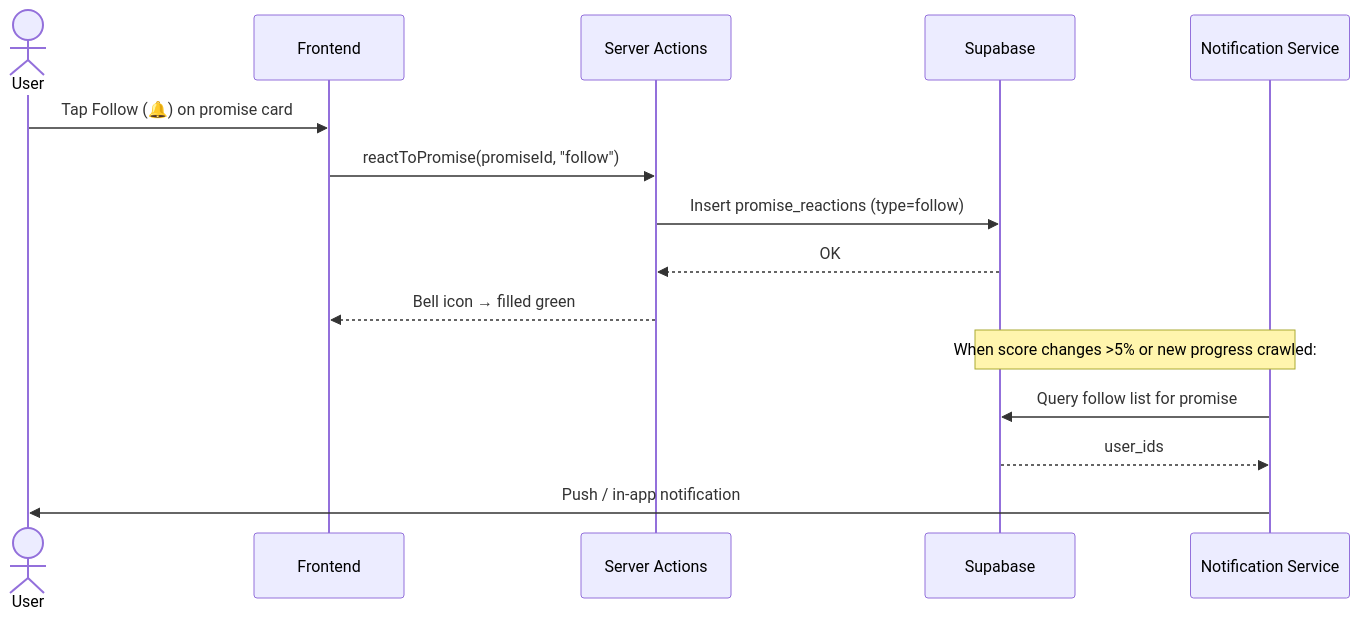
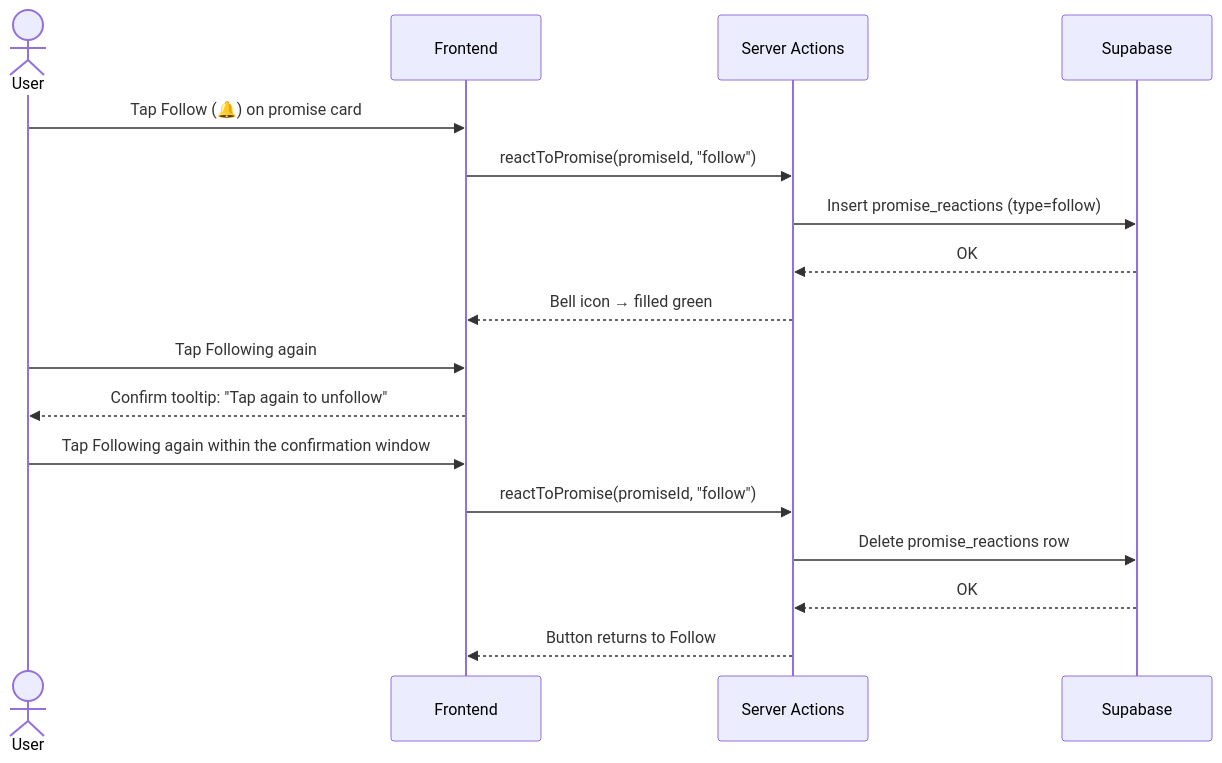
One commit to MG177/WIWOKDETOK-docs changed the third of 3 diagrams in features/feat-promise-tracker.md. Above: the diagram before and after it, drawn with Mermaid. The commit also changed other lines of this file and 9 other files, not shown here.

````diff
--- a/features/feat-promise-tracker.md
+++ b/features/feat-promise-tracker.md
@@ -196,18 +196,19 @@
 ```mermaid
 sequenceDiagram
     actor User
     participant UI as Frontend
     participant SA as Server Actions
     participant DB as Supabase
-    participant Notif as Notification Service
-
     User->>UI: Tap Follow (🔔) on promise card
     UI->>SA: reactToPromise(promiseId, "follow")
     SA->>DB: Insert promise_reactions (type=follow)
     DB-->>SA: OK
     SA-->>UI: Bell icon → filled green
-    Note over DB,Notif: When score changes >5% or new progress crawled:
-    Notif->>DB: Query follow list for promise
-    DB-->>Notif: user_ids
-    Notif->>User: Push / in-app notification
+    User->>UI: Tap Following again
+    UI-->>User: Confirm tooltip: "Tap again to unfollow"
+    User->>UI: Tap Following again within the confirmation window
+    UI->>SA: reactToPromise(promiseId, "follow")
+    SA->>DB: Delete promise_reactions row
+    DB-->>SA: OK
+    SA-->>UI: Button returns to Follow
 ```
````
